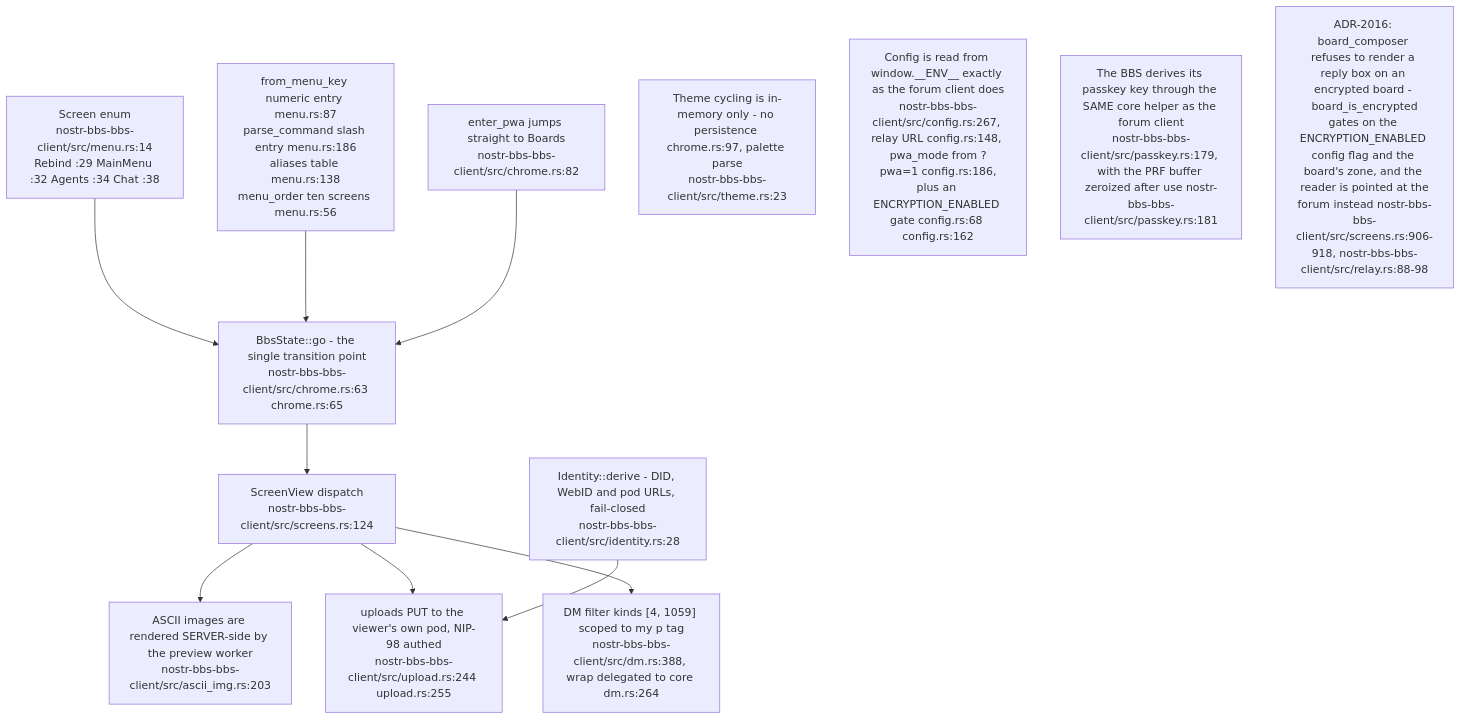
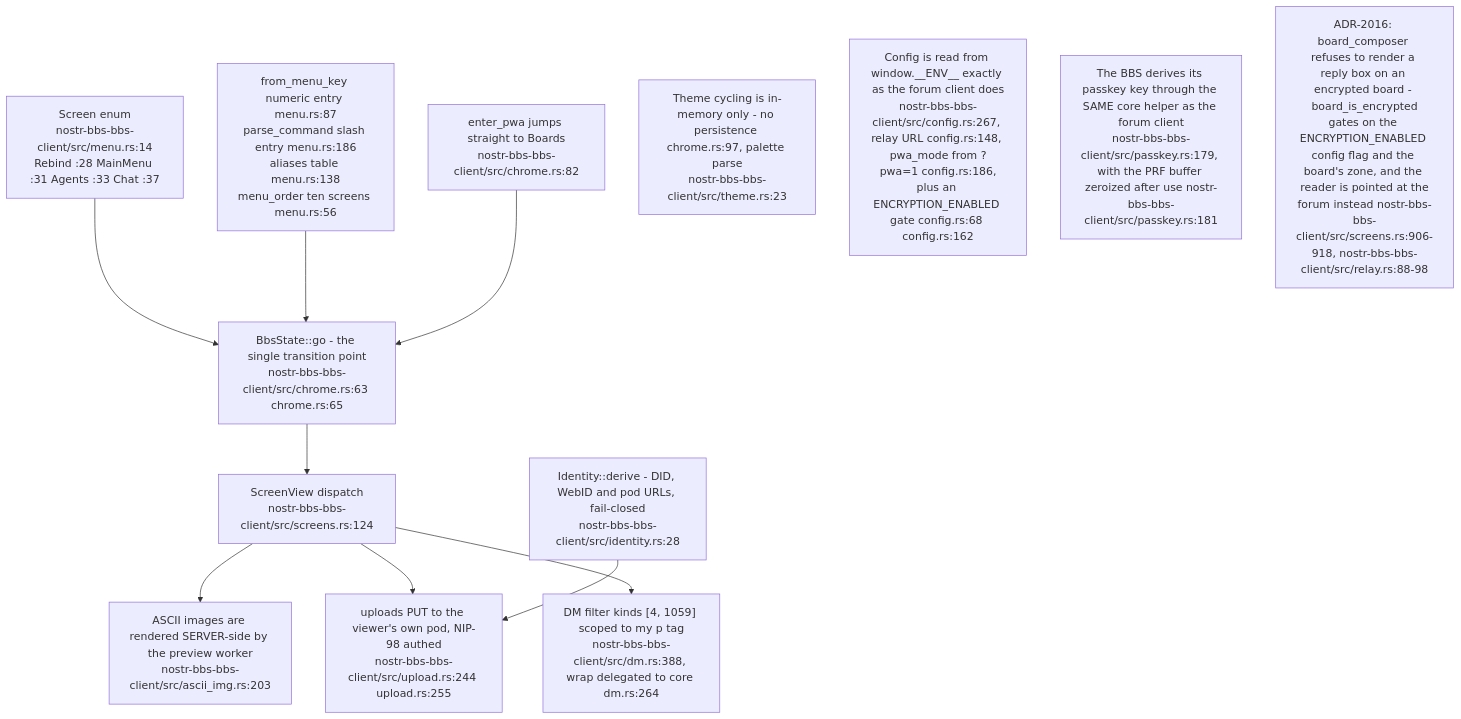
Diagram 12 of 17 in docs/diagrams/nostr-rust-forum/05-leptos-clients-onboarding-messaging-governance.md (DreamLab-AI/VisionFlow), drawn with Mermaid before and after one commit. The commit also changed other lines of this file and 91 other files, not shown here.

````diff
--- a/docs/diagrams/nostr-rust-forum/05-leptos-clients-onboarding-messaging-governance.md
+++ b/docs/diagrams/nostr-rust-forum/05-leptos-clients-onboarding-messaging-governance.md
@@ -392,23 +395,23 @@
 ```mermaid
 flowchart TB
-    ENUM["Screen enum<br/>nostr-bbs-bbs-client/src/menu.rs:14<br/>Rebind :29 MainMenu :32 Agents :34 Chat :38"]
+    ENUM["Screen enum<br/>nostr-bbs-bbs-client/src/menu.rs:14<br/>Rebind :28 MainMenu :31 Agents :33 Chat :37"]
     GO["BbsState::go - the single transition point<br/>nostr-bbs-bbs-client/src/chrome.rs:63 chrome.rs:65"]
     KEYS["from_menu_key numeric entry menu.rs:87<br/>parse_command slash entry menu.rs:186<br/>aliases table menu.rs:138<br/>menu_order ten screens menu.rs:56"]
     VIEW["ScreenView dispatch<br/>nostr-bbs-bbs-client/src/screens.rs:124"]
     PWAENTER["enter_pwa jumps straight to Boards<br/>nostr-bbs-bbs-client/src/chrome.rs:82"]
     ASCII["ASCII images are rendered SERVER-side by the preview worker<br/>nostr-bbs-bbs-client/src/ascii_img.rs:203"]
     UP["uploads PUT to the viewer's own pod, NIP-98 authed<br/>nostr-bbs-bbs-client/src/upload.rs:244 upload.rs:255"]
     IDENT["Identity::derive - DID, WebID and pod URLs, fail-closed<br/>nostr-bbs-bbs-client/src/identity.rs:28"]
     DMB["DM filter kinds [4, 1059] scoped to my p tag<br/>nostr-bbs-bbs-client/src/dm.rs:388, wrap delegated to core dm.rs:264"]
 
     ENUM --> GO --> VIEW
     KEYS --> GO
     PWAENTER --> GO
     VIEW --> ASCII & UP & DMB
     IDENT --> UP
 
     N1["Theme cycling is in-memory only - no persistence chrome.rs:97, palette parse<br/>nostr-bbs-bbs-client/src/theme.rs:23"]
     N2["Config is read from window.__ENV__ exactly as the forum client does<br/>nostr-bbs-bbs-client/src/config.rs:267, relay URL config.rs:148, pwa_mode from ?pwa=1 config.rs:186,<br/>plus an ENCRYPTION_ENABLED gate config.rs:68 config.rs:162"]
     N3["The BBS derives its passkey key through the SAME core helper as the forum client<br/>nostr-bbs-bbs-client/src/passkey.rs:179, with the PRF buffer zeroized after use nostr-bbs-bbs-client/src/passkey.rs:181"]
     N4["ADR-2016: board_composer refuses to render a reply box on an encrypted board - board_is_encrypted<br/>gates on the ENCRYPTION_ENABLED config flag and the board's zone, and the reader is pointed at the<br/>forum instead nostr-bbs-bbs-client/src/screens.rs:906-918, nostr-bbs-bbs-client/src/relay.rs:88-98"]
 ```
````
